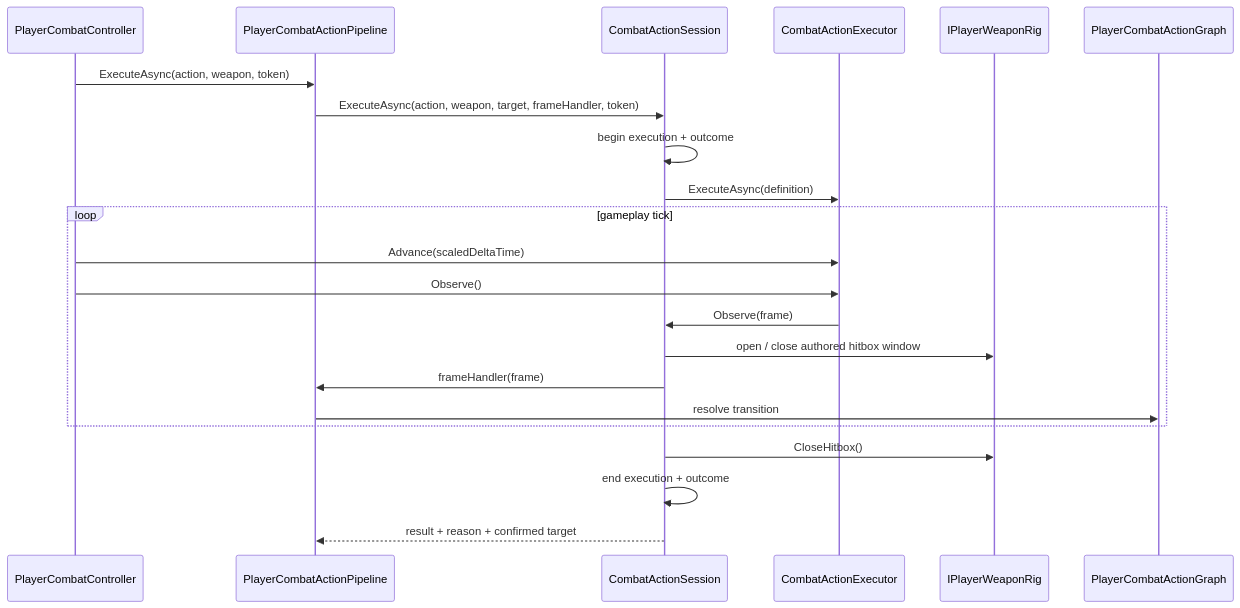
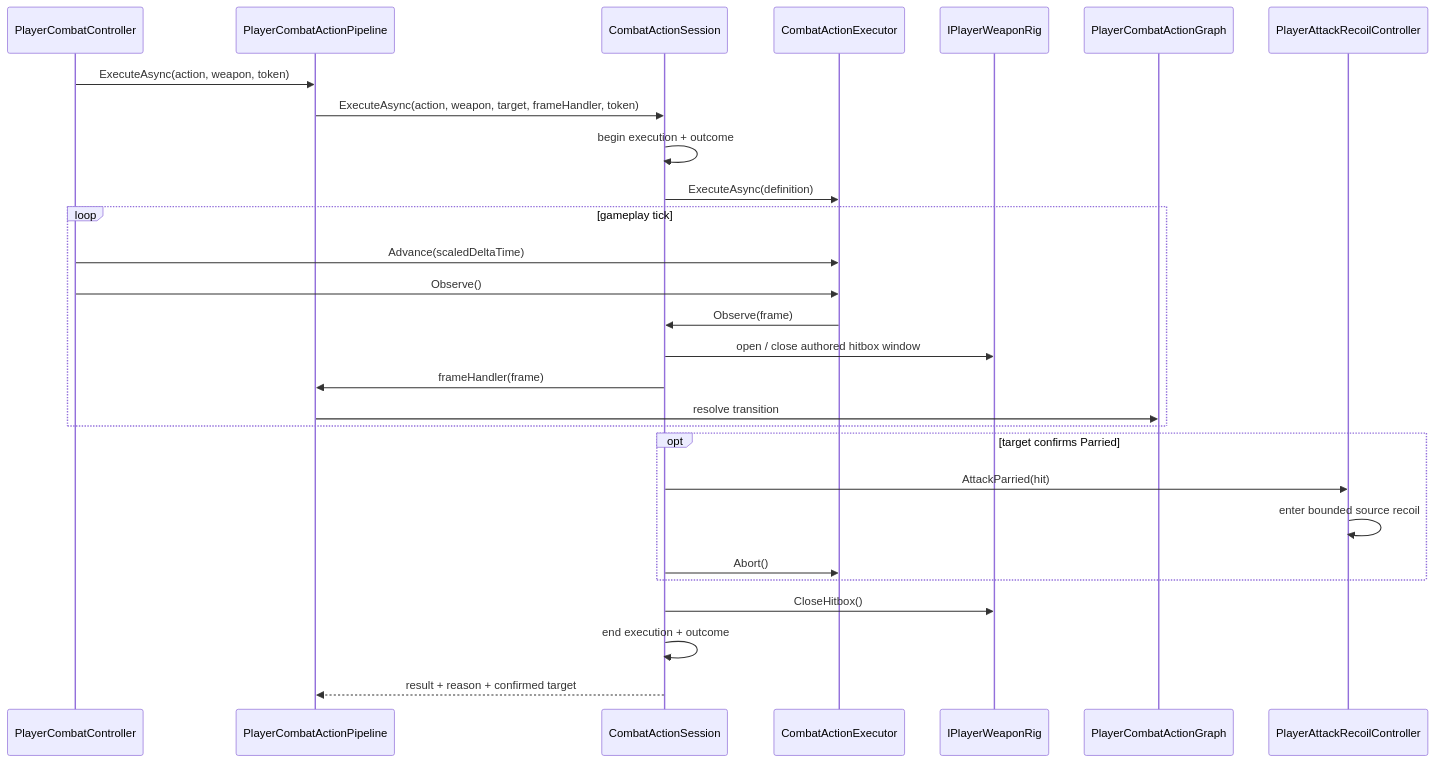
The second of 2 diagrams in Docs/Architecture/Combat.ActionSession.md (MaximFonariuc/project-s), drawn with Mermaid before and after one commit. The commit also changed other lines of this file and 12 other files, not shown here.

Commit message:
feat(combat): add player parry recoil

````diff
--- a/Docs/Architecture/Combat.ActionSession.md
+++ b/Docs/Architecture/Combat.ActionSession.md
@@ -86,25 +92,31 @@
 ```mermaid
 sequenceDiagram
     participant Combat as PlayerCombatController
     participant Pipeline as PlayerCombatActionPipeline
     participant Session as CombatActionSession
     participant Executor as CombatActionExecutor
     participant Rig as IPlayerWeaponRig
     participant Graph as PlayerCombatActionGraph
+    participant Recoil as PlayerAttackRecoilController
 
     Combat->>Pipeline: ExecuteAsync(action, weapon, token)
     Pipeline->>Session: ExecuteAsync(action, weapon, target, frameHandler, token)
     Session->>Session: begin execution + outcome
     Session->>Executor: ExecuteAsync(definition)
     loop gameplay tick
         Combat->>Executor: Advance(scaledDeltaTime)
         Combat->>Executor: Observe()
         Executor->>Session: Observe(frame)
         Session->>Rig: open / close authored hitbox window
         Session->>Pipeline: frameHandler(frame)
         Pipeline->>Graph: resolve transition
     end
+    opt target confirms Parried
+        Session->>Recoil: AttackParried(hit)
+        Recoil->>Recoil: enter bounded source recoil
+        Session->>Executor: Abort()
+    end
     Session->>Rig: CloseHitbox()
     Session->>Session: end execution + outcome
     Session-->>Pipeline: result + reason + confirmed target
 ```
````
